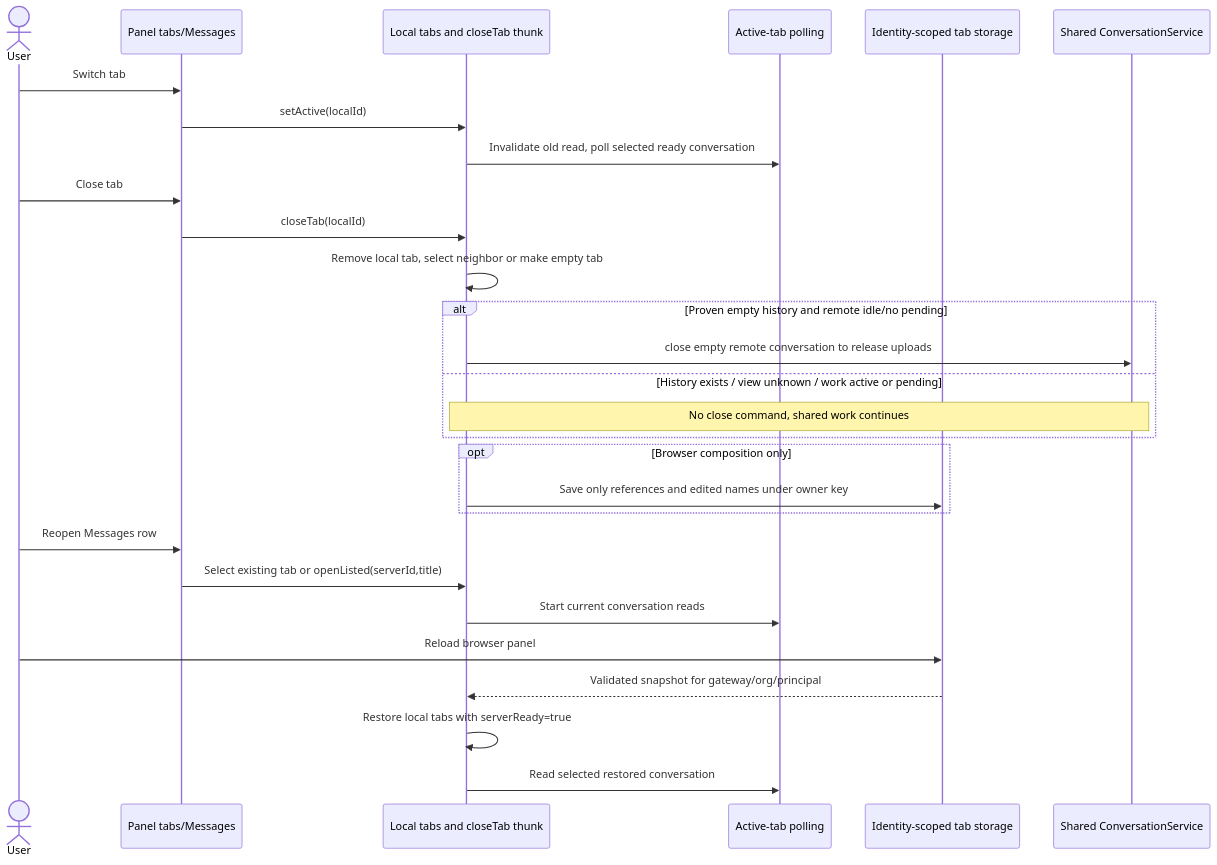
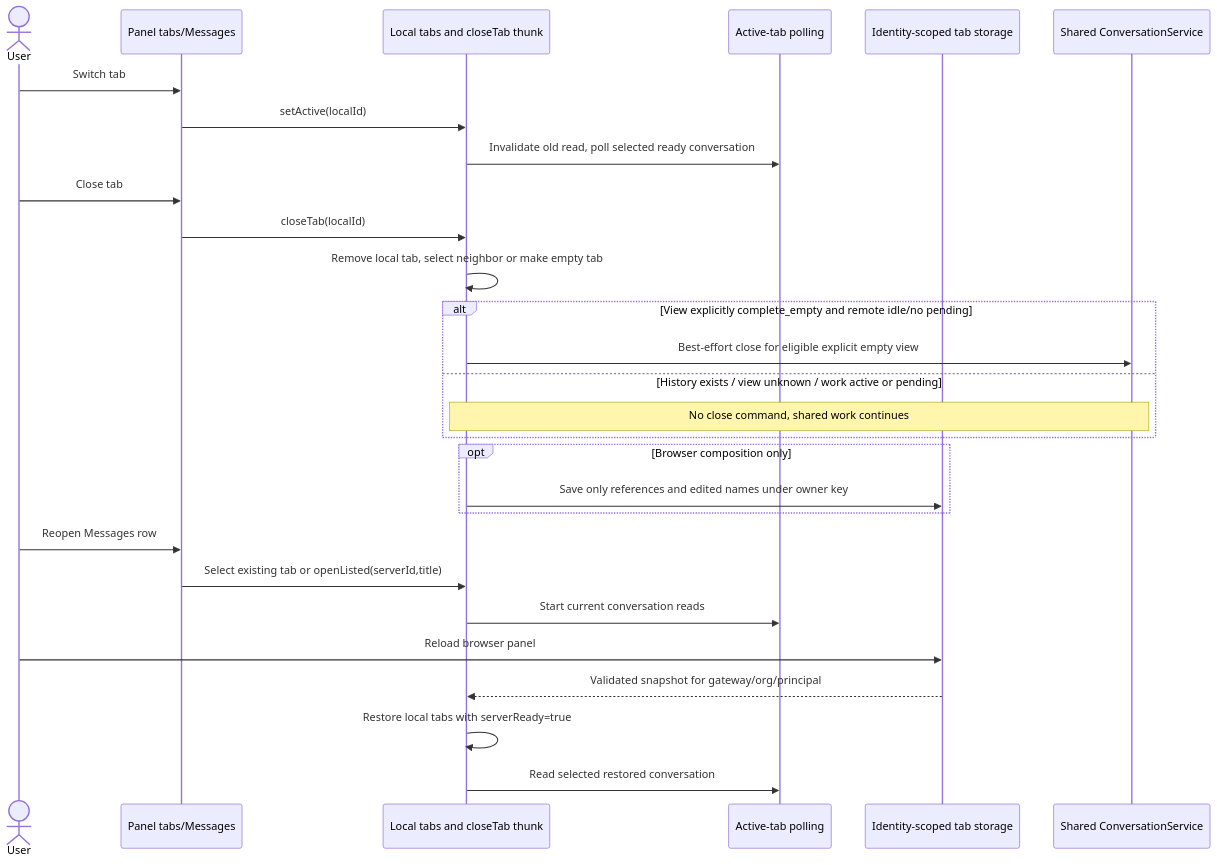
The sixth of 8 diagrams in docs/mapping/features/chat.md (nessalabs/nessa-agent), drawn with Mermaid before and after one commit. The commit also changed other lines of this file and 29 other files, not shown here.

````diff
--- a/docs/mapping/features/chat.md
+++ b/docs/mapping/features/chat.md
@@ -256,30 +256,30 @@
 ```mermaid
 sequenceDiagram
     actor User
     participant UI as Panel tabs/Messages
     participant Store as Local tabs and closeTab thunk
     participant Poll as Active-tab polling
     participant Browser as Identity-scoped tab storage
     participant Gateway as Shared ConversationService
     User->>UI: Switch tab
     UI->>Store: setActive(localId)
     Store->>Poll: Invalidate old read, poll selected ready conversation
     User->>UI: Close tab
     UI->>Store: closeTab(localId)
     Store->>Store: Remove local tab, select neighbor or make empty tab
-    alt Proven empty history and remote idle/no pending
-        Store->>Gateway: close empty remote conversation to release uploads
+    alt View explicitly complete_empty and remote idle/no pending
+        Store->>Gateway: Best-effort close for eligible explicit empty view
     else History exists / view unknown / work active or pending
         Note over Store,Gateway: No close command, shared work continues
     end
     opt Browser composition only
         Store->>Browser: Save only references and edited names under owner key
     end
     User->>UI: Reopen Messages row
     UI->>Store: Select existing tab or openListed(serverId,title)
     Store->>Poll: Start current conversation reads
     User->>Browser: Reload browser panel
     Browser-->>Store: Validated snapshot for gateway/org/principal
     Store->>Store: Restore local tabs with serverReady=true
     Store->>Poll: Read selected restored conversation
 ```
````
